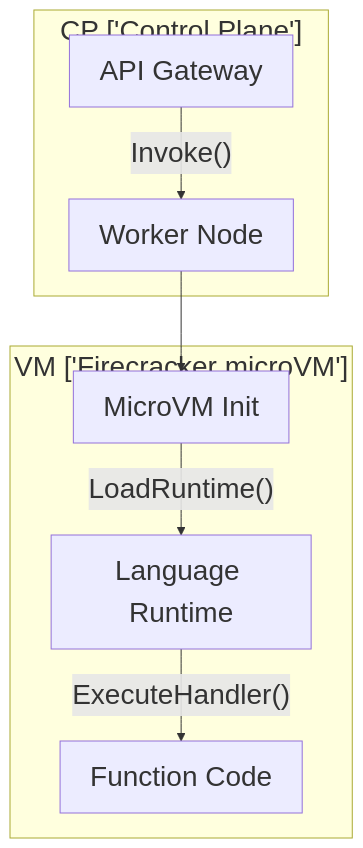
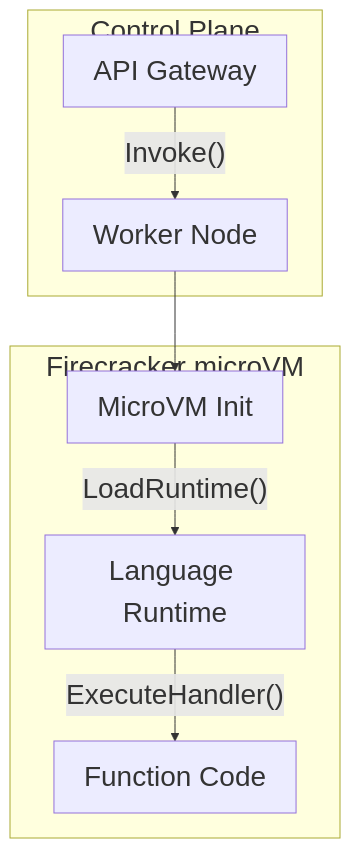
Before and after one commit to j4flmao/agent-skills: the diagram in skills/cloud-native/aws-serverless/SKILL.md, drawn with Mermaid. The commit also changed 38 other files, not shown here.

Commit message:
style(skills): Add padding to Mermaid subgraphs to prevent label overlap with nodes

````diff
--- a/skills/cloud-native/aws-serverless/SKILL.md
+++ b/skills/cloud-native/aws-serverless/SKILL.md
@@ -7,12 +7,12 @@
 ```mermaid
 %%{init: {"theme": "default", "themeVariables": {"fontSize": "28px"}, "flowchart": {"useMaxWidth": false}}}%%
 flowchart TD
-    subgraph CPControlPlane ["CP ['Control Plane']"]
+    subgraph CPControlPlane ["Control Plane<br/>"]
         A[API Gateway] -->|"Invoke()"| B[Worker Node]
     end
-    subgraph VMFirecrackermicroVM ["VM ['Firecracker microVM']"]
+    subgraph VMFirecrackermicroVM ["Firecracker microVM<br/>"]
         B --> C[MicroVM Init]
         C -->|"LoadRuntime()"| D[Language Runtime]
         D -->|"ExecuteHandler()"| E[Function Code]
     end
 ```
````
